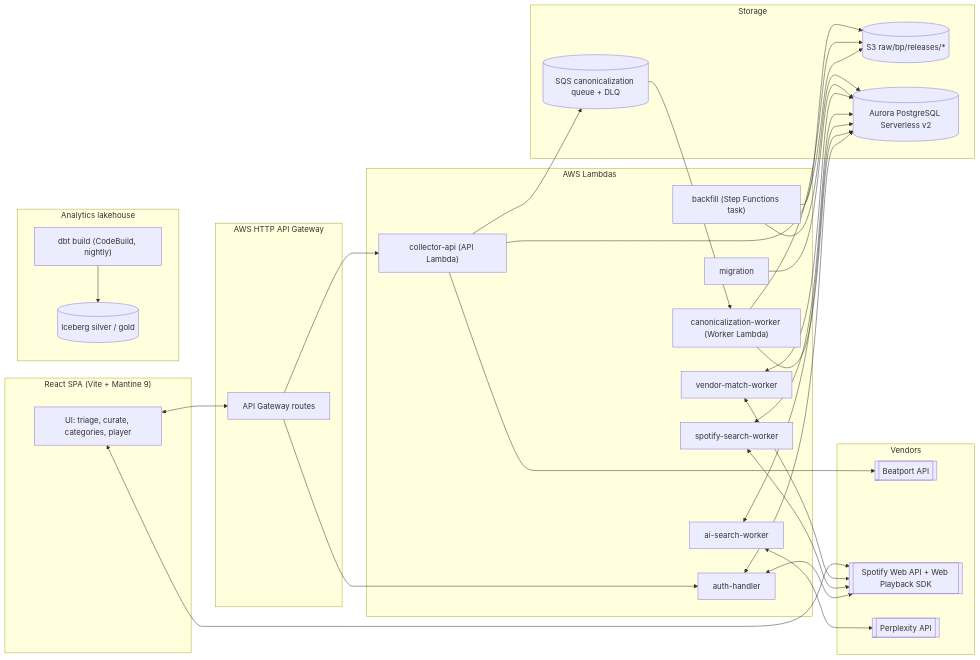
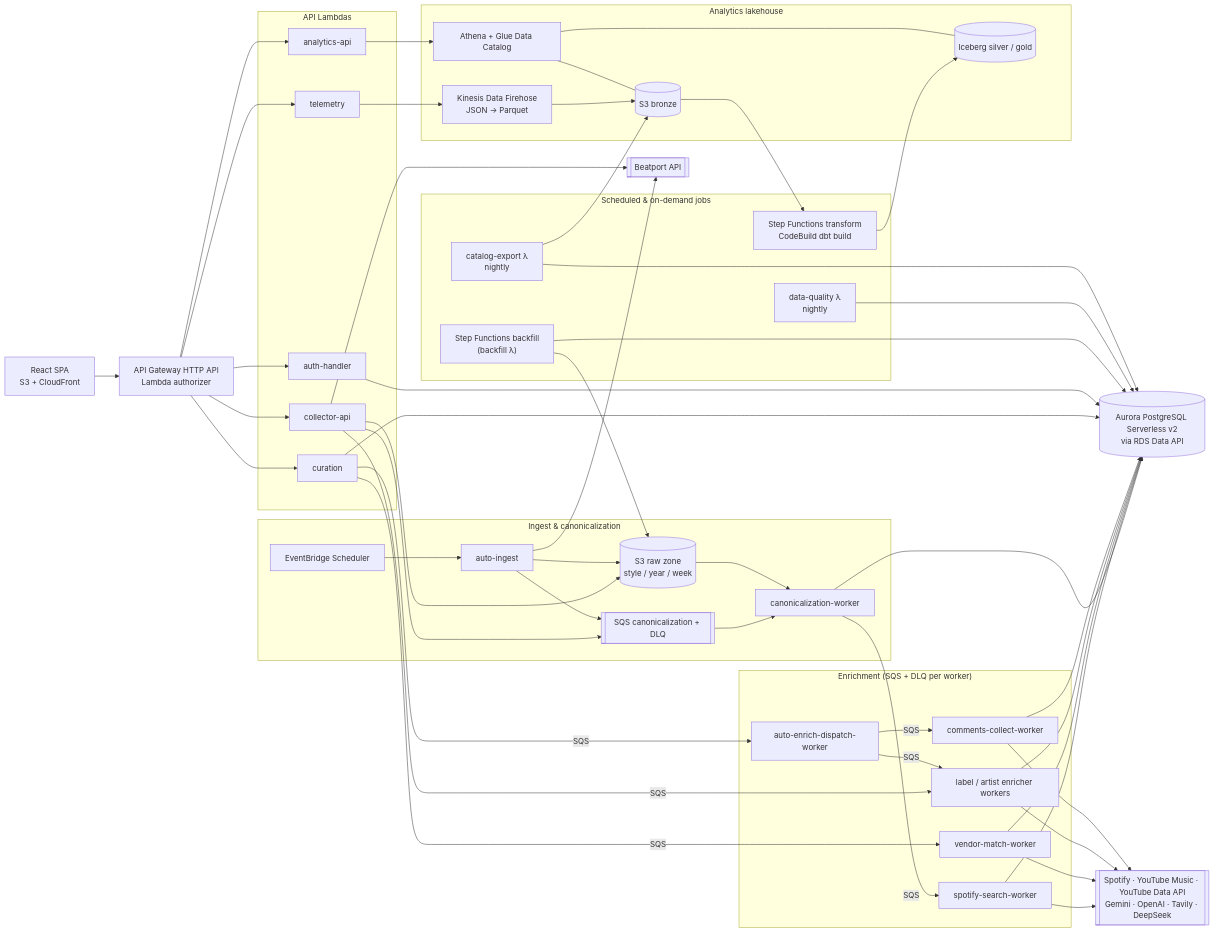
The diagram in docs/architecture.md (tarodo/clouder-core), drawn with Mermaid before and after one commit. The commit also changed other lines of this file and 1 other file, not shown here.

Commit message:
docs(architecture): sync diagram and Lambda inventory

````diff
--- a/docs/architecture.md
+++ b/docs/architecture.md
@@ -7,61 +7,69 @@
 ```mermaid
 flowchart LR
-    subgraph SPA["React SPA (Vite + Mantine 9)"]
-        UI[UI: triage, curate, categories, player]
+    SPA["React SPA<br/>S3 + CloudFront"] --> APIGW["API Gateway HTTP API<br/>Lambda authorizer"]
+
+    subgraph API["API Lambdas"]
+        CAPI["collector-api"]
+        CUR["curation"]
+        AUTH["auth-handler"]
+        AAPI["analytics-api"]
+        TEL["telemetry"]
     end
 
-    subgraph API["AWS HTTP API Gateway"]
-        APIGW[API Gateway routes]
+    subgraph Ingest["Ingest & canonicalization"]
+        SCHED["EventBridge Scheduler"] --> AI["auto-ingest"]
+        RAW[("S3 raw zone<br/>style / year / week")]
+        Q1[["SQS canonicalization + DLQ"]]
+        CAN["canonicalization-worker"]
     end
 
-    subgraph Lambdas["AWS Lambdas"]
-        AH["auth-handler"]
-        CH["collector-api (API Lambda)"]
-        SH["ai-search-worker"]
+    subgraph Enrich["Enrichment (SQS + DLQ per worker)"]
         SPW["spotify-search-worker"]
         VMW["vendor-match-worker"]
-        WH["canonicalization-worker (Worker Lambda)"]
-        MH["migration"]
-        BF["backfill (Step Functions task)"]
+        LEN["label / artist enricher workers"]
+        DSP["auto-enrich-dispatch-worker"]
+        CMT["comments-collect-worker"]
     end
 
-    subgraph Lakehouse["Analytics lakehouse"]
-        DBT["dbt build (CodeBuild, nightly)"]
-        SIL[(Iceberg silver / gold)]
+    subgraph Batch["Scheduled & on-demand jobs"]
+        BF["Step Functions backfill<br/>(backfill λ)"]
+        DQ["data-quality λ<br/>nightly"]
+        EXP["catalog-export λ<br/>nightly"]
+        DBT["Step Functions transform<br/>CodeBuild dbt build"]
     end
 
-    subgraph Storage
-        S3[(S3 raw/bp/releases/*)]
-        SQS[(SQS canonicalization queue + DLQ)]
-        Aurora[(Aurora PostgreSQL Serverless v2)]
+    subgraph Lake["Analytics lakehouse"]
+        FH["Kinesis Data Firehose<br/>JSON → Parquet"]
+        BRZ[("S3 bronze")]
+        SIL[("Iceberg silver / gold")]
+        ATH["Athena + Glue Data Catalog"]
     end
 
-    subgraph Vendors
-        BP[[Beatport API]]
-        SP[[Spotify Web API + Web Playback SDK]]
-        PX[[Perplexity API]]
-    end
+    DB[("Aurora PostgreSQL Serverless v2<br/>via RDS Data API")]
+    BP[["Beatport API"]]
+    VENDORS[["Spotify · YouTube Music · YouTube Data API<br/>Gemini · OpenAI · Tavily · DeepSeek"]]
 
-    UI <--> APIGW
-    APIGW --> AH
-    APIGW --> CH
-    AH <--> Aurora
-    AH <--> SP
-    CH --> BP
-    CH --> S3
-    CH --> SQS
-    SQS --> WH
-    WH --> S3
-    WH --> Aurora
-    SH <--> PX
-    SH <--> Aurora
-    SPW <--> SP
-    SPW <--> Aurora
-    VMW <--> SP
-    VMW <--> Aurora
-    MH --> Aurora
-    BF --> S3
-    BF --> Aurora
-    DBT --> SIL
-    UI <--> SP
+    APIGW --> CAPI & CUR & AUTH & AAPI & TEL
+    CAPI & AI --> BP
+    CAPI & AI --> RAW
+    CAPI & AI --> Q1
+    Q1 --> CAN
+    RAW --> CAN
+    CAN --> DB
+    CAN -->|SQS| SPW
+    CAPI -->|SQS| LEN
+    CUR -->|SQS| VMW & DSP
+    DSP -->|SQS| LEN & CMT
+    SPW & VMW & LEN & CMT --> VENDORS
+    SPW & VMW & LEN & CMT --> DB
+    CUR & AUTH --> DB
+    BF --> RAW
+    BF --> DB
+    DQ --> DB
+    EXP --> DB
+    EXP --> BRZ
+    TEL --> FH --> BRZ
+    BRZ --> DBT --> SIL
+    AAPI --> ATH
+    ATH --- BRZ & SIL
 ```
````
